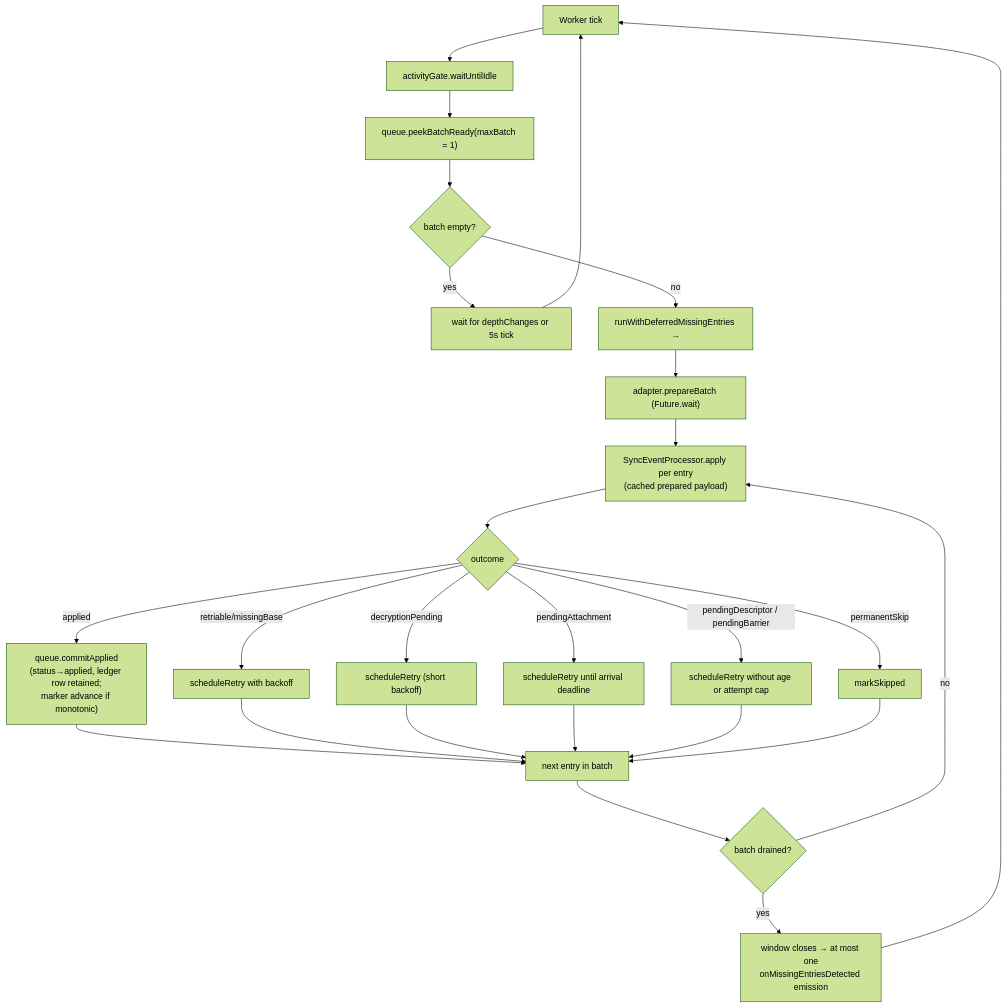
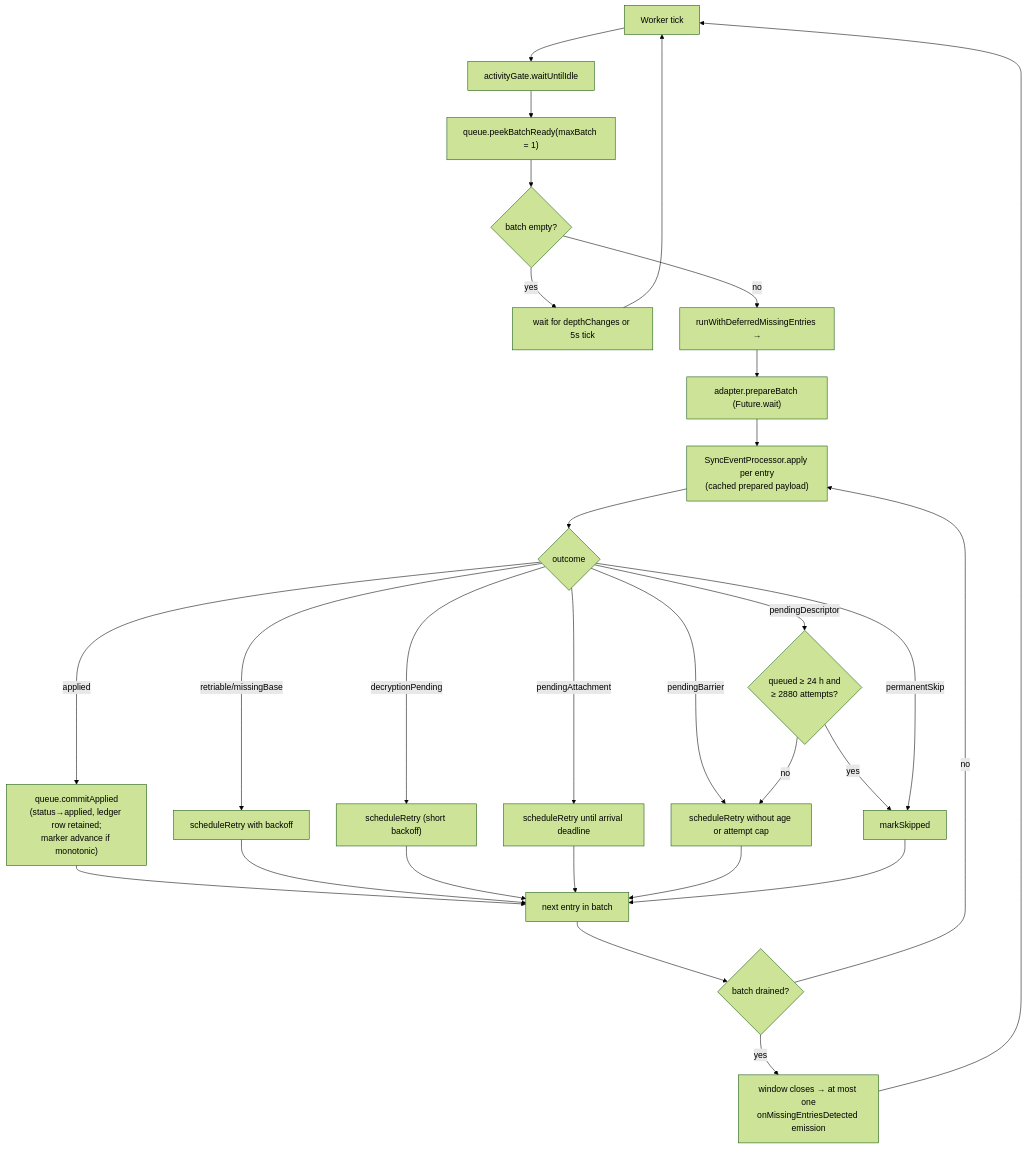
Before and after one commit to matthiasn/lotti: the fourth of 6 diagrams in knowledge/features/sync/receive-path.md, drawn with Mermaid (forest theme). The commit also changed other lines of this file and 5 other files, not shown here.

````diff
--- a/knowledge/features/sync/receive-path.md
+++ b/knowledge/features/sync/receive-path.md
@@ -382,28 +388,31 @@
 ```mermaid
 flowchart TD
     Tick["Worker tick"] --> Gate["activityGate.waitUntilIdle"]
     Gate --> Peek["queue.peekBatchReady(maxBatch = 1)"]
     Peek --> Empty{"batch empty?"}
     Empty -->|yes| Wait["wait for depthChanges or 5s tick"]
     Wait --> Tick
     Empty -->|no| Window["runWithDeferredMissingEntries →"]
     Window --> PrepareAll["adapter.prepareBatch (Future.wait)"]
     PrepareAll --> Apply["SyncEventProcessor.apply per entry<br/>(cached prepared payload)"]
     Apply --> Outcome{"outcome"}
     Outcome -->|applied| Commit["queue.commitApplied<br/>(status→applied, ledger row retained;<br/>marker advance if monotonic)"]
     Outcome -->|retriable/missingBase| Retry["scheduleRetry with backoff"]
     Outcome -->|decryptionPending| DecryptRetry["scheduleRetry (short backoff)"]
     Outcome -->|pendingAttachment| AttachmentRetry["scheduleRetry until arrival deadline"]
-    Outcome -->|pendingDescriptor / pendingBarrier| PeriodicRetry["scheduleRetry without age or attempt cap"]
+    Outcome -->|pendingBarrier| PeriodicRetry["scheduleRetry without age or attempt cap"]
+    Outcome -->|pendingDescriptor| DescriptorRetry{"queued ≥ 24 h and<br/>≥ 2880 attempts?"}
+    DescriptorRetry -->|no| PeriodicRetry
+    DescriptorRetry -->|yes| Skip
     Outcome -->|permanentSkip| Skip["markSkipped"]
     Commit --> NextEntry["next entry in batch"]
     Retry --> NextEntry
     DecryptRetry --> NextEntry
     AttachmentRetry --> NextEntry
     PeriodicRetry --> NextEntry
     Skip --> NextEntry
     NextEntry --> WindowClose{"batch drained?"}
     WindowClose -->|no| Apply
     WindowClose -->|yes| Emit["window closes → at most one<br/>onMissingEntriesDetected emission"]
     Emit --> Tick
 ```
````
